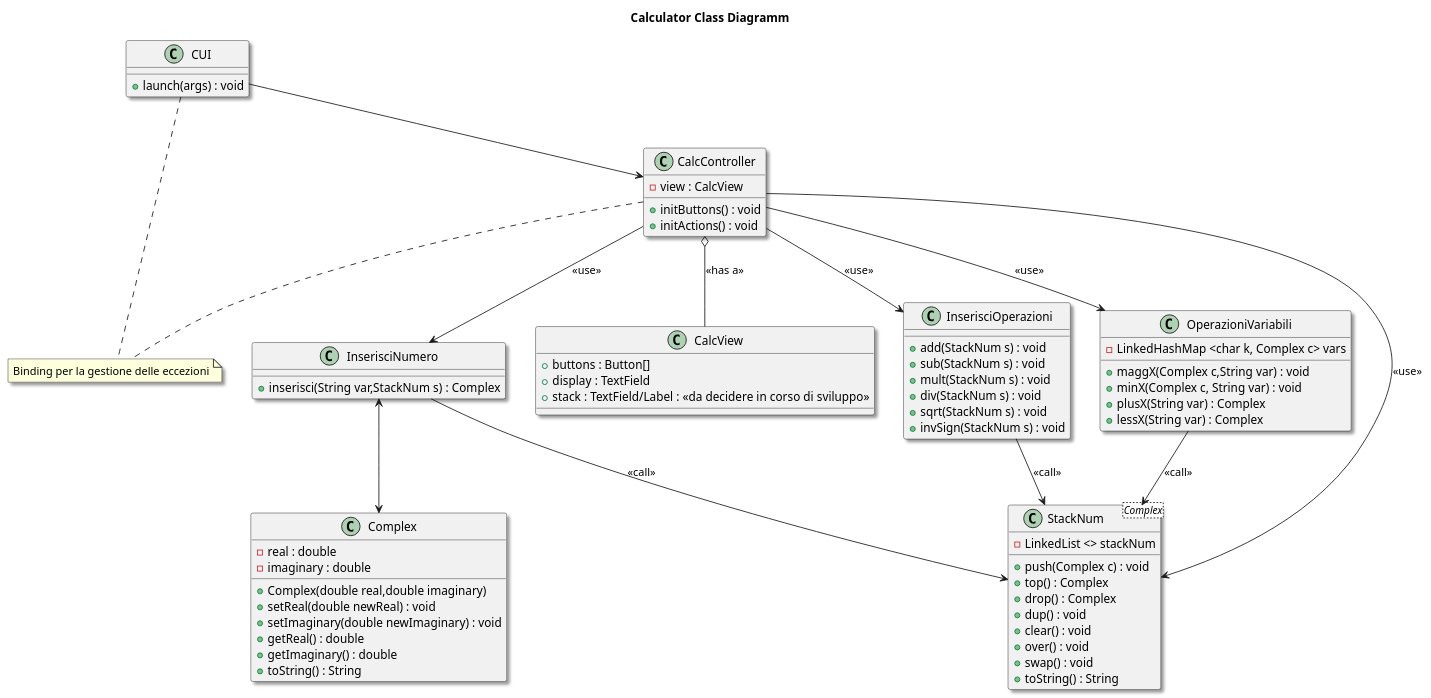
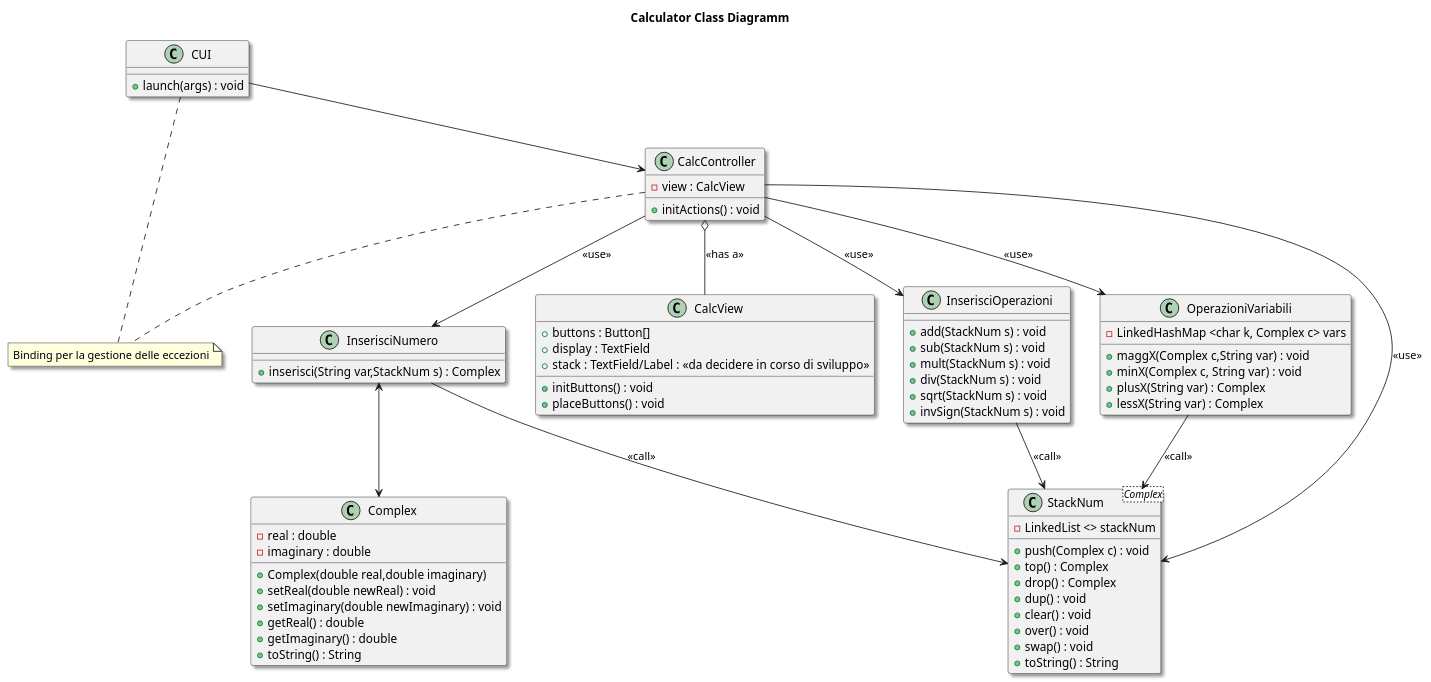
Before and after one commit to LuciaNancyLavista/Gruppo06_software_eng_L.I.V.P: the diagram in CalcolatriceProgrammabile/Diagrams/Class Diagrams/ClassDiagrammDefinitivo.puml, drawn with PlantUML.

Commit message:
Update Class Diagram
Moved the method "initButtons" from the controller to the view, add the method "placeButtons" to the view

```diff
--- a/CalcolatriceProgrammabile/Diagrams/Class Diagrams/ClassDiagrammDefinitivo.puml
+++ b/CalcolatriceProgrammabile/Diagrams/Class Diagrams/ClassDiagrammDefinitivo.puml
@@ -1,90 +1,91 @@
 @startuml classDiagramm
 skinparam shadowing true
 title Calculator Class Diagramm 
 
 note "Binding per la gestione delle eccezioni" as N1
 
 
 class StackNum<Complex>{
     - LinkedList <> stackNum
     + push(Complex c) : void 
     + top() : Complex
     + drop() : Complex
     + dup() : void
     + clear() : void
     + over() : void
     + swap() : void
     + toString() : String 
 }
 
 
 
 class CUI{
     + launch(args) : void
 }
 
 class CalcController{
     - view : CalcView
-    + initButtons() : void
     + initActions() : void 
 }
 class CalcView{
     + buttons : Button[]
     + display : TextField
     + stack : TextField/Label : <<da decidere in corso di sviluppo>> 
+    + initButtons() : void
+    + placeButtons() : void 
 }
 
 class InserisciNumero{
     + inserisci(String var,StackNum s) : Complex 
 }
 
 class Complex{
     - real : double
     - imaginary : double
     + Complex(double real,double imaginary)
     + setReal(double newReal) : void 
     + setImaginary(double newImaginary) : void
     + getReal() : double
     + getImaginary() : double
     + toString() : String
 }
 
 class InserisciOperazioni{
     + add(StackNum s) : void
     + sub(StackNum s) : void 
     + mult(StackNum s) : void
     + div(StackNum s) : void
     + sqrt(StackNum s) : void
     + invSign(StackNum s) : void
 }
 
 class OperazioniVariabili{
     - LinkedHashMap <char k, Complex c> vars
     + maggX(Complex c,String var) : void
     + minX(Complex c, String var) : void
     + plusX(String var) : Complex
     + lessX(String var) : Complex
 }
 
 CUI --> CalcController
 
 CalcController .. N1
 CUI .. N1
 
 CalcController --> InserisciOperazioni : <<use>>
 CalcController --> InserisciNumero : <<use>>
 CalcController --> StackNum : <<use>>
 CalcController --> OperazioniVariabili : <<use>>
 CalcController o-- CalcView : <<has a>>
 
 
 InserisciNumero <--> Complex
 
 
 OperazioniVariabili --> StackNum : <<call>>
 InserisciOperazioni --> StackNum : <<call>>
 InserisciNumero --> StackNum : <<call>>
 
 
 
 @enduml
```
